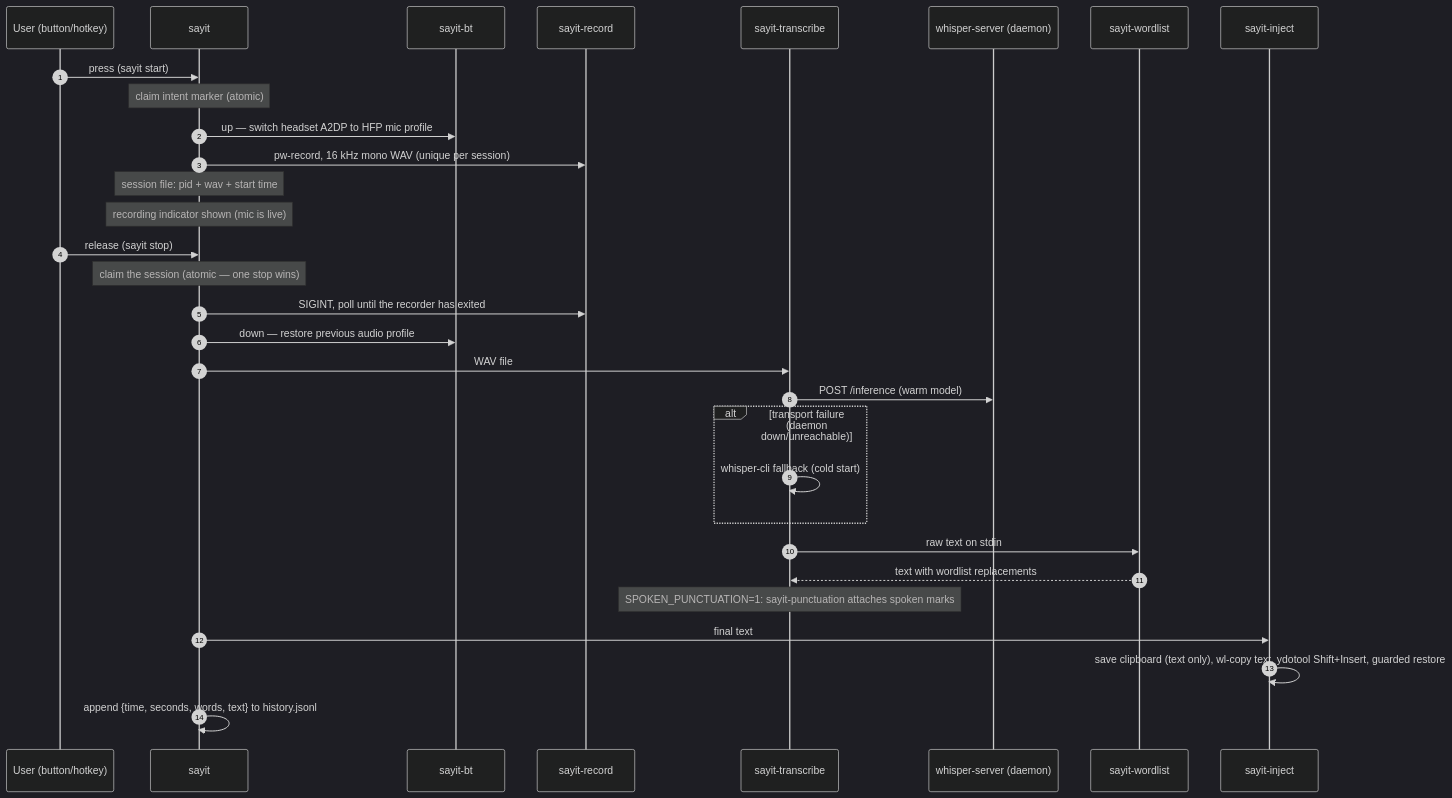
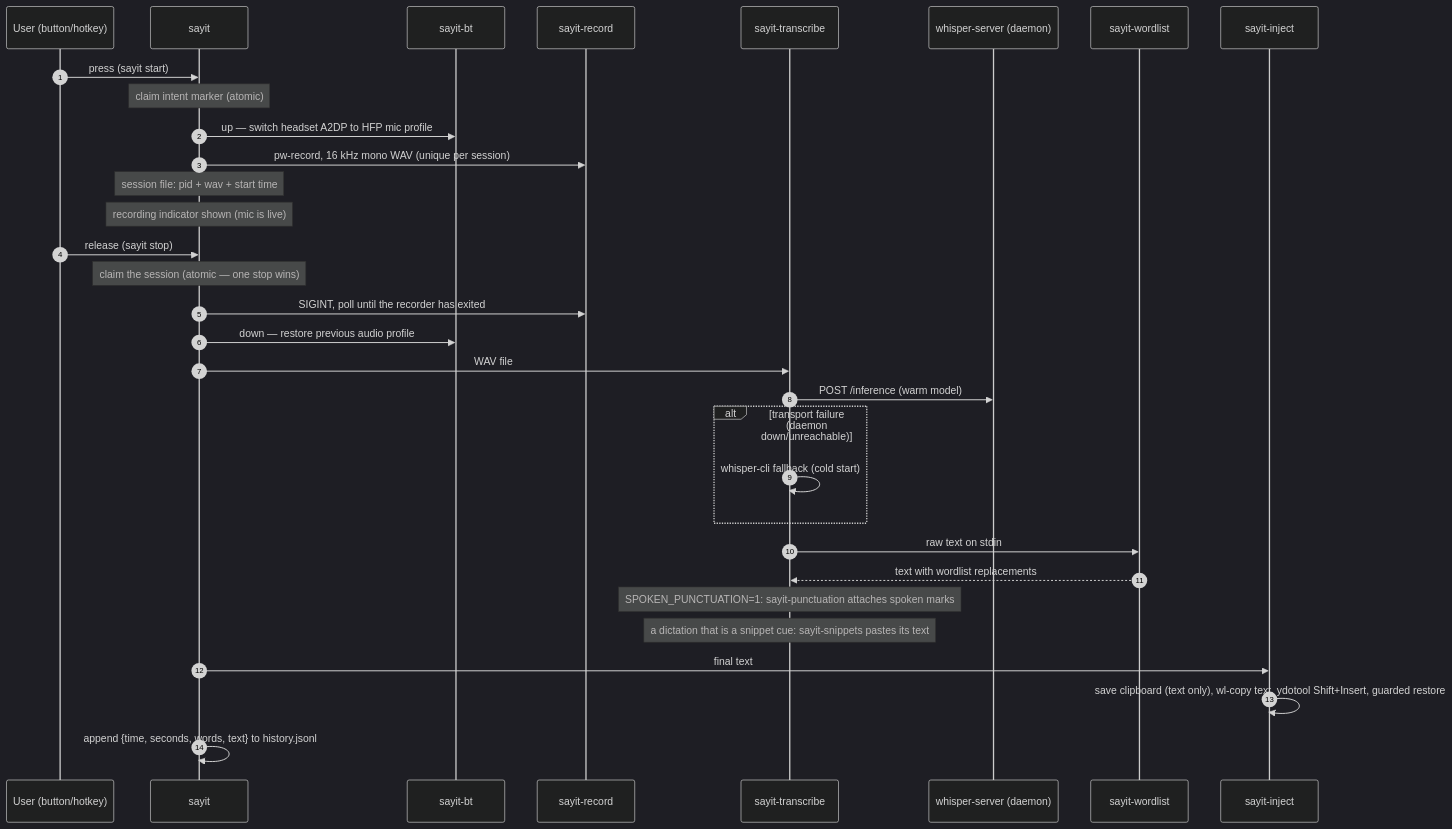
One commit to MrTorriz/sayit changed the second of 4 diagrams in docs/ARCHITECTURE.md. Above: the diagram before and after it, drawn with Mermaid (dark theme). The commit also changed other lines of this file and 32 other files, not shown here.

````diff
--- a/docs/ARCHITECTURE.md
+++ b/docs/ARCHITECTURE.md
@@ -84,34 +84,35 @@
 ```mermaid
 sequenceDiagram
     autonumber
     participant U as User (button/hotkey)
     participant S as sayit
     participant BT as sayit-bt
     participant R as sayit-record
     participant T as sayit-transcribe
     participant D as whisper-server (daemon)
     participant W as sayit-wordlist
     participant I as sayit-inject
 
     U->>S: press (sayit start)
     Note over S: claim intent marker (atomic)
     S->>BT: up — switch headset A2DP to HFP mic profile
     S->>R: pw-record, 16 kHz mono WAV (unique per session)
     Note over S: session file: pid + wav + start time
     Note over S: recording indicator shown (mic is live)
     U->>S: release (sayit stop)
     Note over S: claim the session (atomic — one stop wins)
     S->>R: SIGINT, poll until the recorder has exited
     S->>BT: down — restore previous audio profile
     S->>T: WAV file
     T->>D: POST /inference (warm model)
     alt transport failure (daemon down/unreachable)
         T->>T: whisper-cli fallback (cold start)
     end
     T->>W: raw text on stdin
     W-->>T: text with wordlist replacements
     Note over T: SPOKEN_PUNCTUATION=1: sayit-punctuation attaches spoken marks
+    Note over T: a dictation that is a snippet cue: sayit-snippets pastes its text
     S->>I: final text
     I->>I: save clipboard (text only), wl-copy text, ydotool Shift+Insert, guarded restore
     S->>S: append {time, seconds, words, text} to history.jsonl
 ```
````
